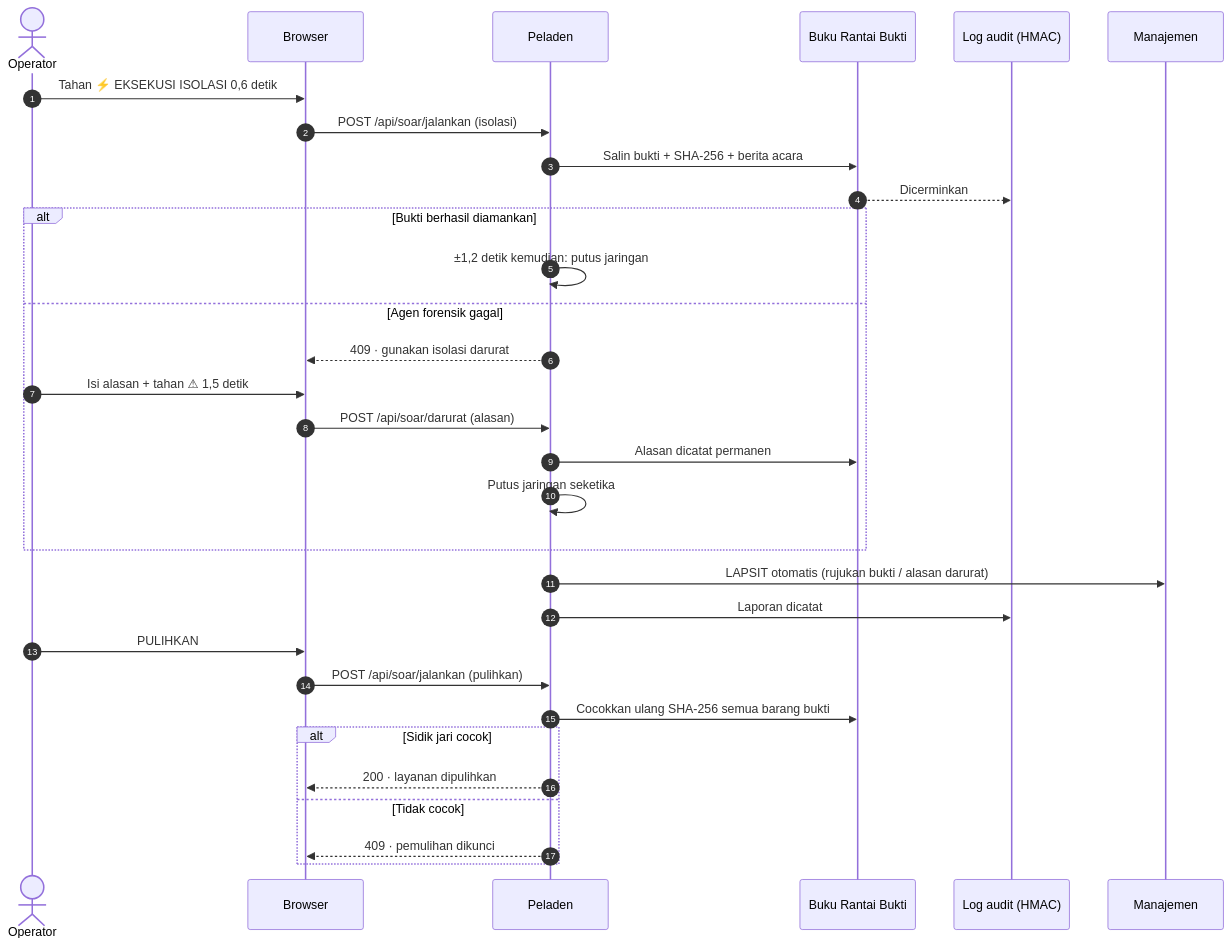
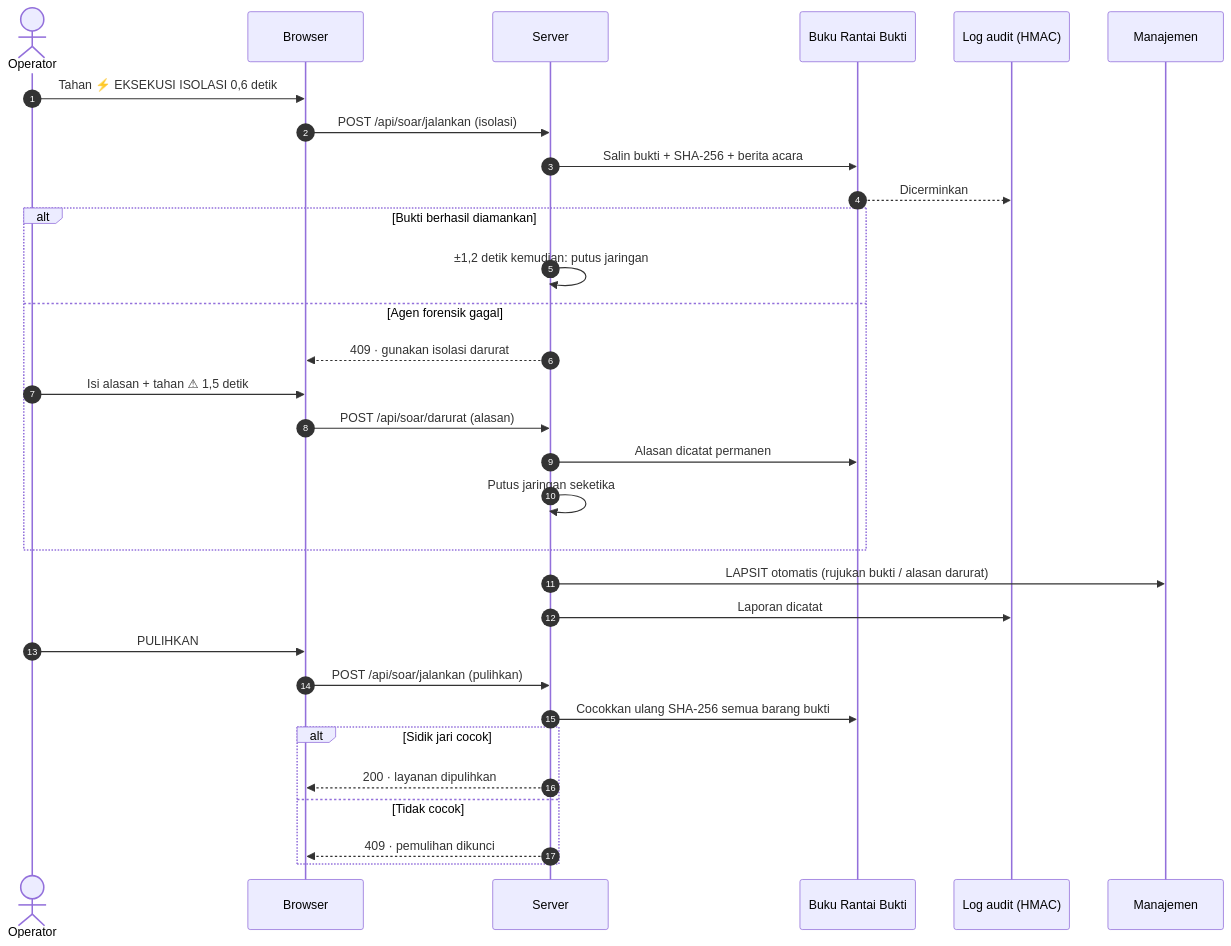
One commit to pisangsisir/Nusantara-Shield-v5.2 changed the second of 2 diagrams in README.md. Above: the diagram before and after it, drawn with Mermaid. The commit also changed other lines of this file and 3 other files, not shown here.

````diff
--- a/README.md
+++ b/README.md
@@ -174,34 +177,34 @@
 ```mermaid
 sequenceDiagram
     autonumber
     actor Op as Operator
     participant UI as Browser
-    participant SV as Peladen
+    participant SV as Server
     participant BB as Buku Rantai Bukti
     participant LA as Log audit (HMAC)
     participant MJ as Manajemen
 
     Op->>UI: Tahan ⚡ EKSEKUSI ISOLASI 0,6 detik
     UI->>SV: POST /api/soar/jalankan (isolasi)
     SV->>BB: Salin bukti + SHA-256 + berita acara
     BB-->>LA: Dicerminkan
     alt Bukti berhasil diamankan
         SV->>SV: ±1,2 detik kemudian: putus jaringan
     else Agen forensik gagal
         SV-->>UI: 409 · gunakan isolasi darurat
         Op->>UI: Isi alasan + tahan ⚠ 1,5 detik
         UI->>SV: POST /api/soar/darurat (alasan)
         SV->>BB: Alasan dicatat permanen
         SV->>SV: Putus jaringan seketika
     end
     SV->>MJ: LAPSIT otomatis (rujukan bukti / alasan darurat)
     SV->>LA: Laporan dicatat
     Op->>UI: PULIHKAN
     UI->>SV: POST /api/soar/jalankan (pulihkan)
     SV->>BB: Cocokkan ulang SHA-256 semua barang bukti
     alt Sidik jari cocok
         SV-->>UI: 200 · layanan dipulihkan
     else Tidak cocok
         SV-->>UI: 409 · pemulihan dikunci
     end
 ```
````
